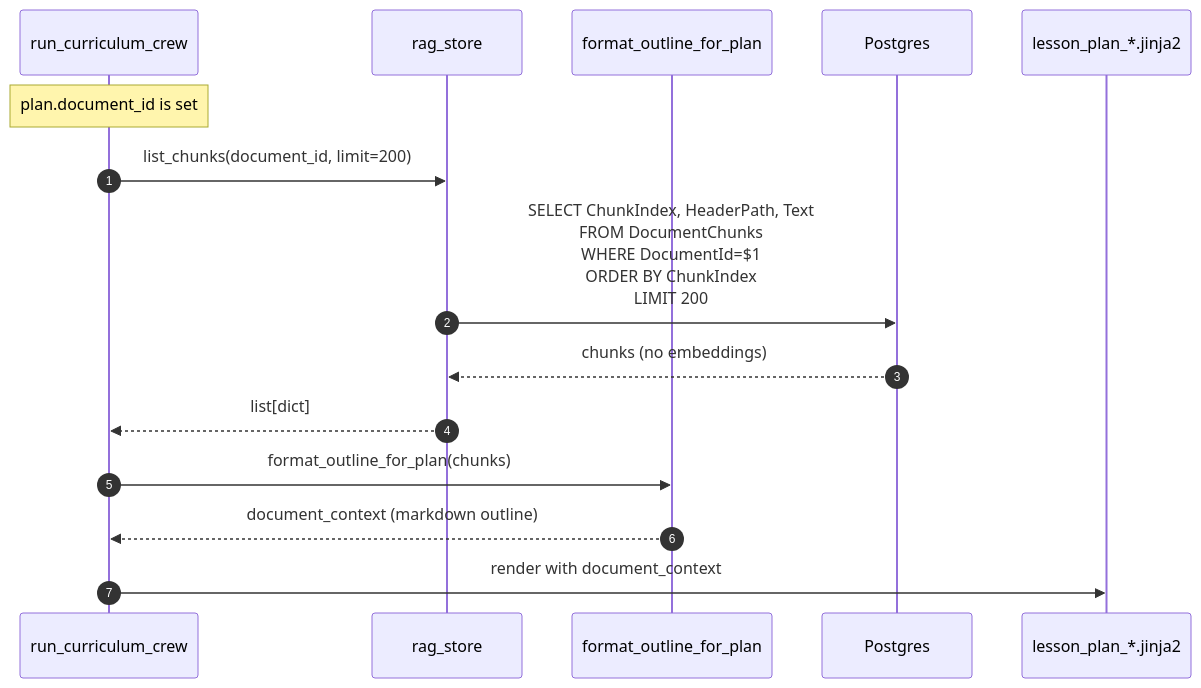
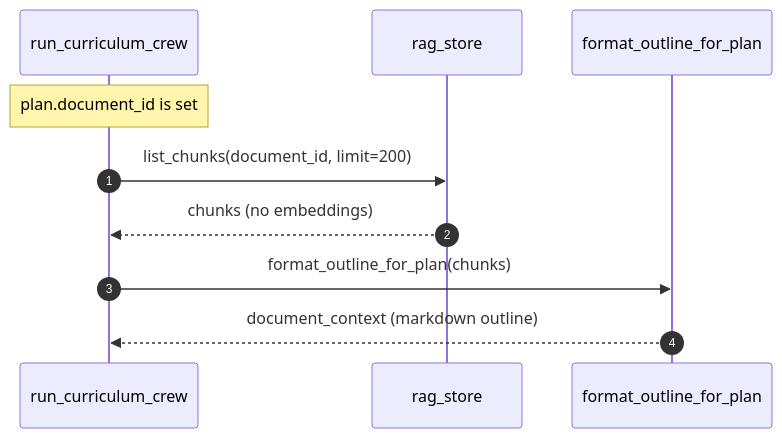
One commit to Dockdep/LessonHub changed the first of 2 diagrams in diagrams/rag/search.md. Above: the diagram before and after it, drawn with Mermaid. The commit also changed other lines of this file and 36 other files, not shown here.

````diff
--- a/diagrams/rag/search.md
+++ b/diagrams/rag/search.md
@@ -11,18 +11,13 @@
 ```mermaid
 sequenceDiagram
   autonumber
   participant Crew as run_curriculum_crew
   participant Store as rag_store
   participant Format as format_outline_for_plan
-  participant PG as Postgres
-  participant Template as lesson_plan_*.jinja2
 
   Note over Crew: plan.document_id is set
   Crew->>Store: list_chunks(document_id, limit=200)
-  Store->>PG: SELECT ChunkIndex, HeaderPath, Text<br/>FROM DocumentChunks<br/>WHERE DocumentId=$1<br/>ORDER BY ChunkIndex<br/>LIMIT 200
-  PG-->>Store: chunks (no embeddings)
-  Store-->>Crew: list[dict]
+  Store-->>Crew: chunks (no embeddings)
   Crew->>Format: format_outline_for_plan(chunks)
   Format-->>Crew: document_context (markdown outline)
-  Crew->>Template: render with document_context
 ```
````
